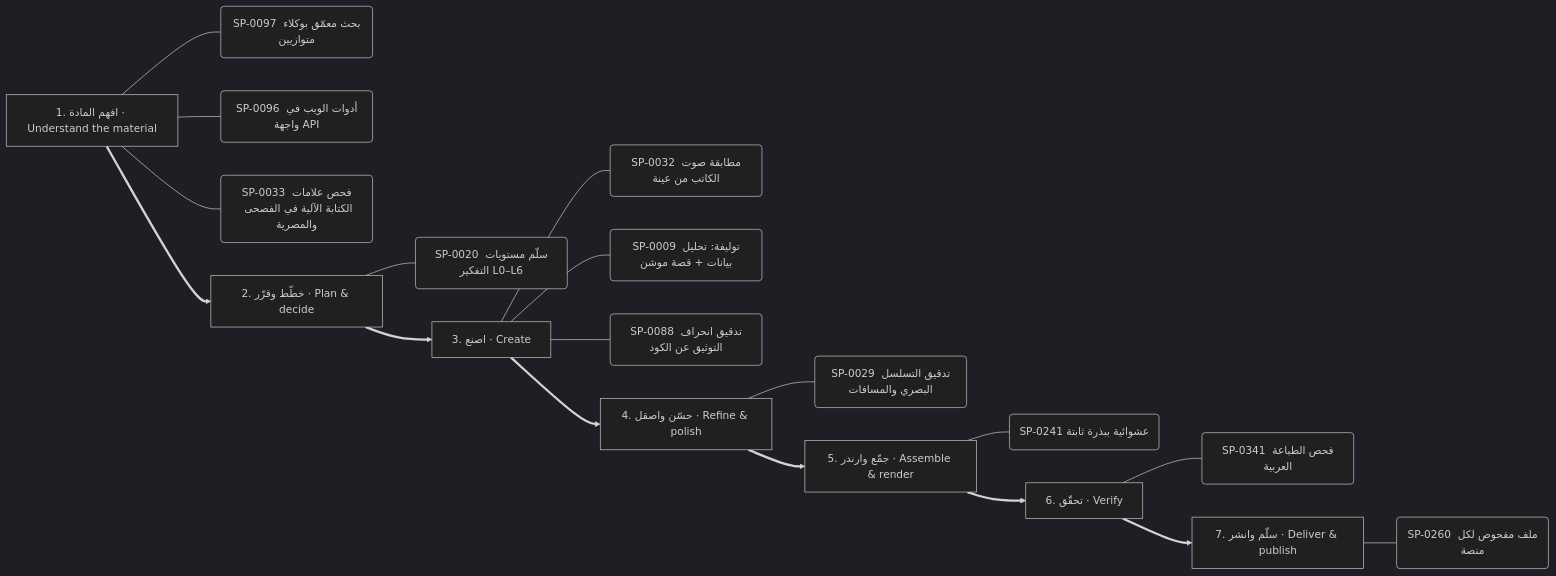
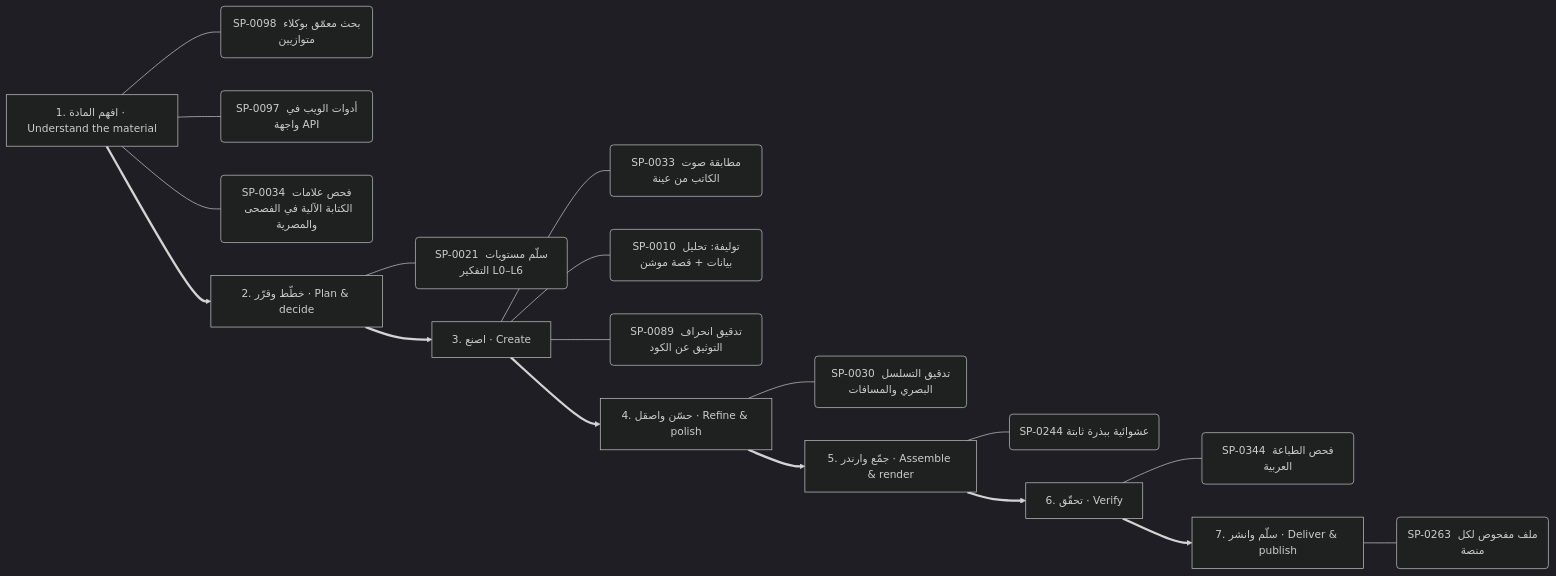
One commit to kosif199022-jpg/kosif-tool changed diagram 13 of 13 in .claude/skills/kosif-superpowers/references/capability-mindmap.md. Above: the diagram before and after it, drawn with Mermaid (dark theme). The commit also changed other lines of this file and 37 other files, not shown here.

````diff
--- a/.claude/skills/kosif-superpowers/references/capability-mindmap.md
+++ b/.claude/skills/kosif-superpowers/references/capability-mindmap.md
@@ -634,27 +635,27 @@
 ```mermaid
 flowchart LR
   S0["1. افهم المادة · Understand the material"]
-  S0 --- S0_0("SP-0097 بحث معمّق بوكلاء متوازيين")
-  S0 --- S0_1("SP-0096 أدوات الويب في واجهة API")
-  S0 --- S0_2("SP-0033 فحص علامات الكتابة الآلية في الفصحى والمصرية")
+  S0 --- S0_0("SP-0098 بحث معمّق بوكلاء متوازيين")
+  S0 --- S0_1("SP-0097 أدوات الويب في واجهة API")
+  S0 --- S0_2("SP-0034 فحص علامات الكتابة الآلية في الفصحى والمصرية")
   S1["2. خطّط وقرّر · Plan & decide"]
-  S1 --- S1_0("SP-0020 سلّم مستويات التفكير L0–L6")
+  S1 --- S1_0("SP-0021 سلّم مستويات التفكير L0–L6")
   S0 ==> S1
   S2["3. اصنع · Create"]
-  S2 --- S2_0("SP-0032 مطابقة صوت الكاتب من عينة")
-  S2 --- S2_1("SP-0009 توليفة: تحليل بيانات + قصة موشن")
-  S2 --- S2_2("SP-0088 تدقيق انحراف التوثيق عن الكود")
+  S2 --- S2_0("SP-0033 مطابقة صوت الكاتب من عينة")
+  S2 --- S2_1("SP-0010 توليفة: تحليل بيانات + قصة موشن")
+  S2 --- S2_2("SP-0089 تدقيق انحراف التوثيق عن الكود")
   S1 ==> S2
   S3["4. حسّن واصقل · Refine & polish"]
-  S3 --- S3_0("SP-0029 تدقيق التسلسل البصري والمسافات")
+  S3 --- S3_0("SP-0030 تدقيق التسلسل البصري والمسافات")
   S2 ==> S3
   S4["5. جمّع وارندر · Assemble & render"]
-  S4 --- S4_0("SP-0241 عشوائية ببذرة ثابتة")
+  S4 --- S4_0("SP-0244 عشوائية ببذرة ثابتة")
   S3 ==> S4
   S5["6. تحقّق · Verify"]
-  S5 --- S5_0("SP-0341 فحص الطباعة العربية")
+  S5 --- S5_0("SP-0344 فحص الطباعة العربية")
   S4 ==> S5
   S6["7. سلّم وانشر · Deliver & publish"]
-  S6 --- S6_0("SP-0260 ملف مفحوص لكل منصة")
+  S6 --- S6_0("SP-0263 ملف مفحوص لكل منصة")
   S5 ==> S6
 ```
````
